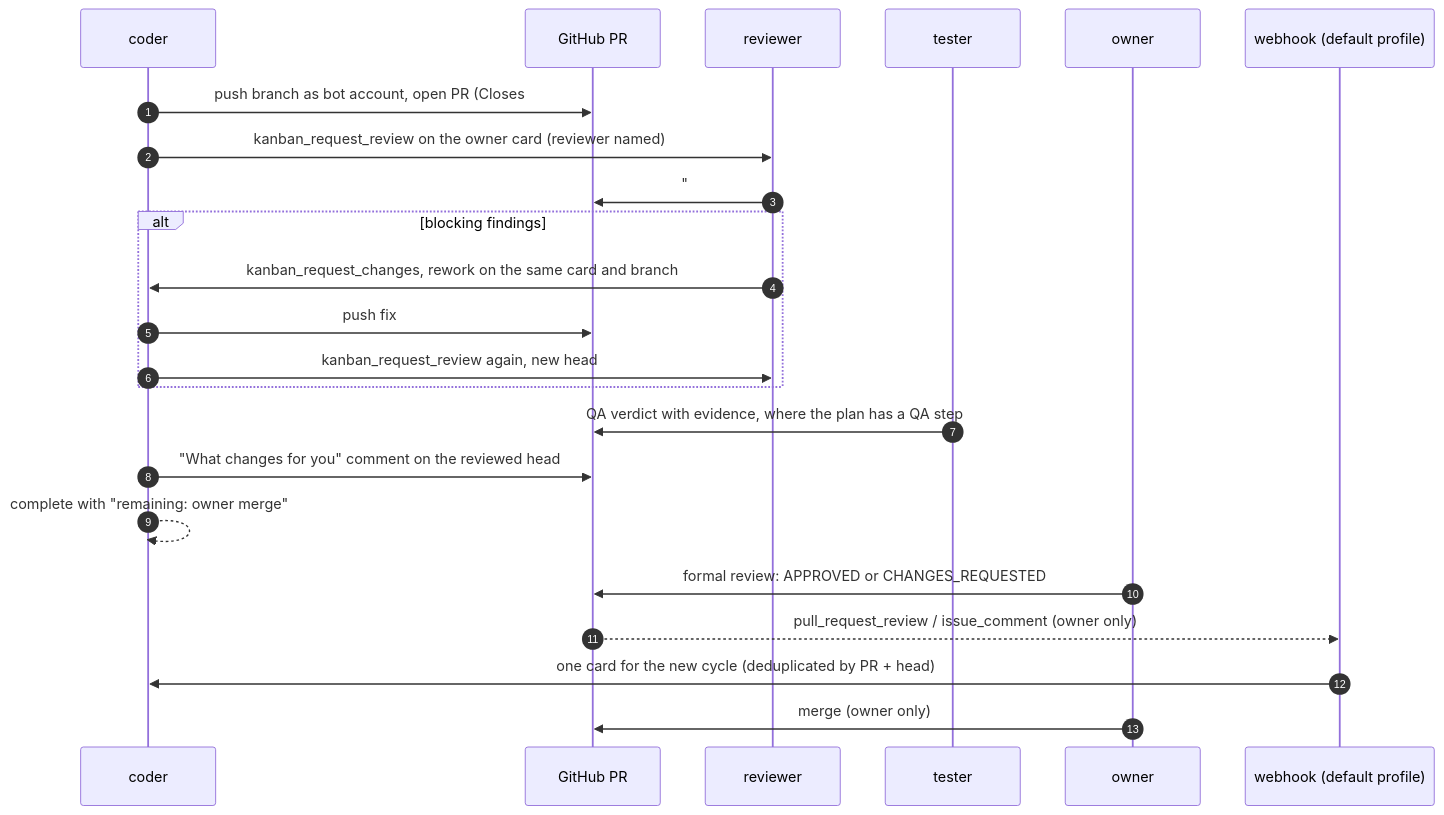
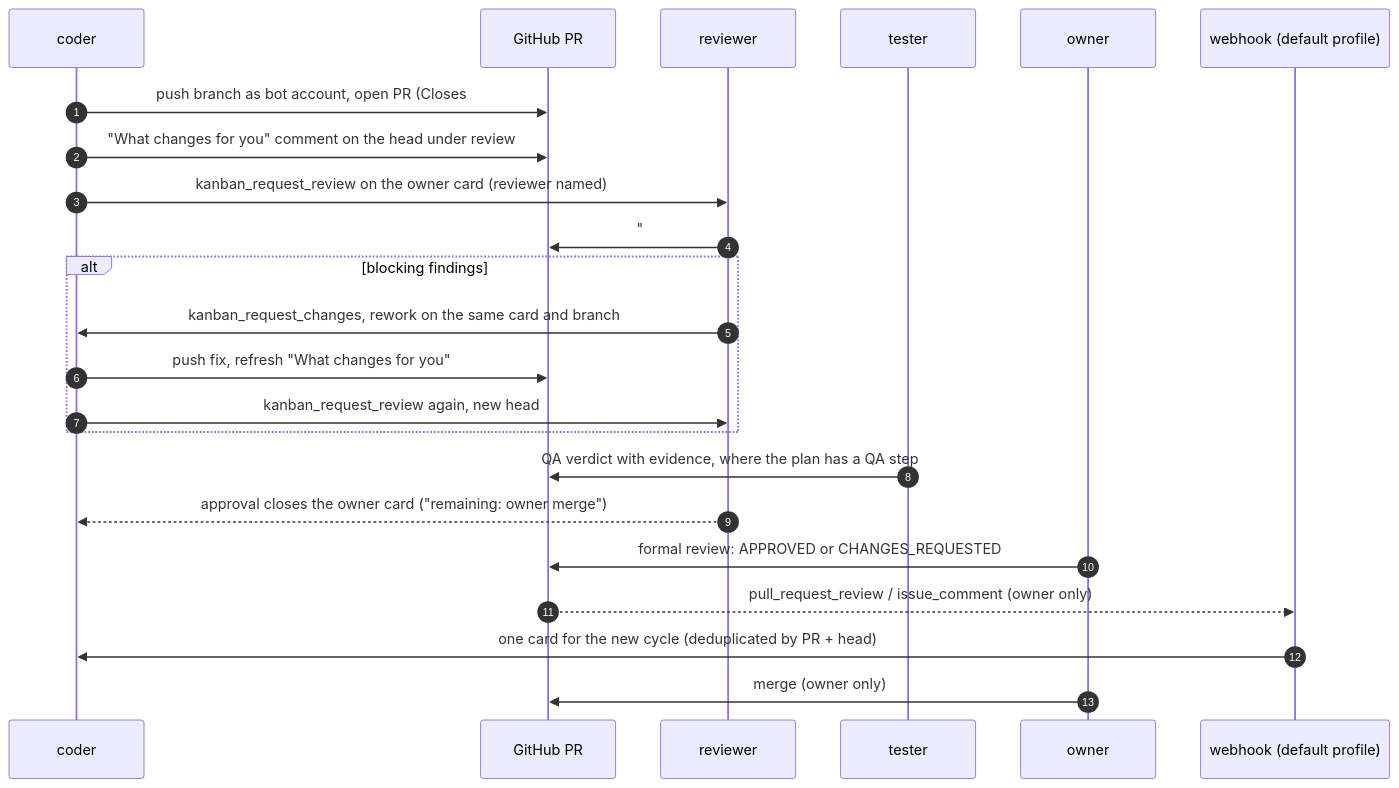
Before and after one commit to a-simeshin/hermes-dark-factory: the second of 3 diagrams in docs/architecture.md, drawn with Mermaid. The commit also changed 3 other files, not shown here.

````diff
--- a/docs/architecture.md
+++ b/docs/architecture.md
@@ -75,25 +75,25 @@
 ```mermaid
 sequenceDiagram
     autonumber
     participant C as coder
     participant GH as GitHub PR
     participant R as reviewer
     participant T as tester
     participant O as owner
     participant W as webhook (default profile)
     C->>GH: push branch as bot account, open PR (Closes #issue)
+    C->>GH: "What changes for you" comment on the head under review
     C->>R: kanban_request_review on the owner card (reviewer named)
     R->>GH: "## Review verdict" comment on head sha (PASS or blocking findings)
     alt blocking findings
         R->>C: kanban_request_changes, rework on the same card and branch
-        C->>GH: push fix
+        C->>GH: push fix, refresh "What changes for you"
         C->>R: kanban_request_review again, new head
     end
     T->>GH: QA verdict with evidence, where the plan has a QA step
-    C->>GH: "What changes for you" comment on the reviewed head
-    C-->>C: complete with "remaining: owner merge"
+    R-->>C: approval closes the owner card ("remaining: owner merge")
     O->>GH: formal review: APPROVED or CHANGES_REQUESTED
     GH-->>W: pull_request_review / issue_comment (owner only)
     W->>C: one card for the new cycle (deduplicated by PR + head)
     O->>GH: merge (owner only)
 ```
````
